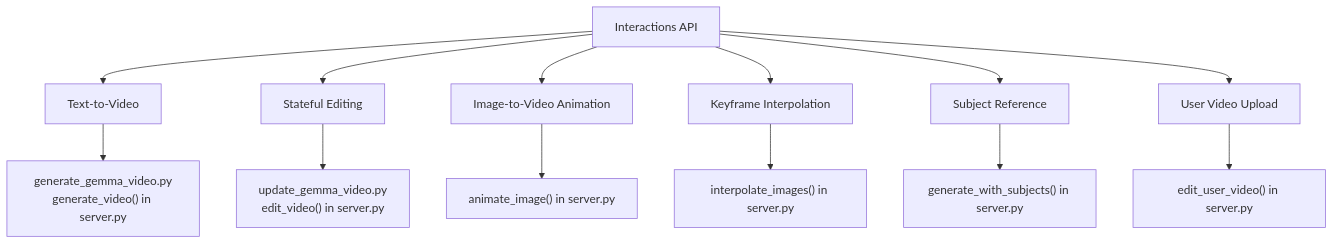
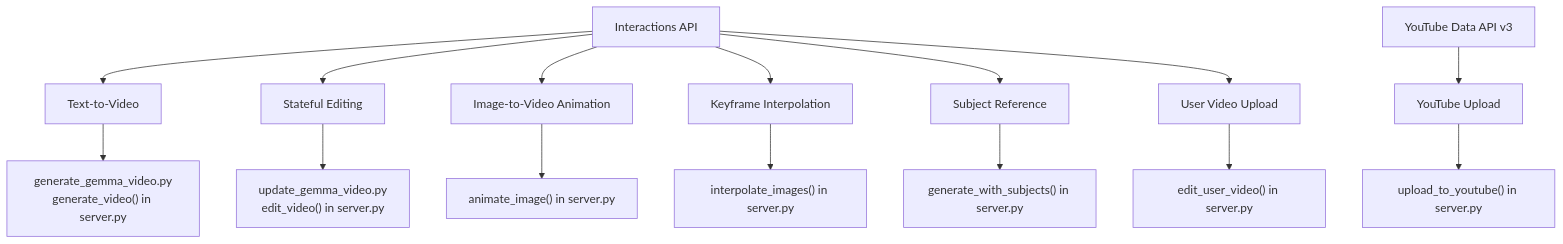
The diagram in GEMINI.md (xbill9/omni-flash-video-agent), drawn with Mermaid before and after one commit. The commit also changed other lines of this file and 13 other files, not shown here.

````diff
--- a/GEMINI.md
+++ b/GEMINI.md
@@ -46,16 +46,18 @@
 ```mermaid
 graph TD
     A[Interactions API] --> B[Text-to-Video]
     A --> C[Stateful Editing]
     A --> D[Image-to-Video Animation]
     A --> E[Keyframe Interpolation]
     A --> F[Subject Reference]
     A --> G[User Video Upload]
+    Y[YouTube Data API v3] --> Z[YouTube Upload]
 
     B --> H["generate_gemma_video.py<br>generate_video() in server.py"]
     C --> I["update_gemma_video.py<br>edit_video() in server.py"]
     D --> J["animate_image() in server.py"]
     E --> K["interpolate_images() in server.py"]
     F --> L["generate_with_subjects() in server.py"]
     G --> M["edit_user_video() in server.py"]
+    Z --> N["upload_to_youtube() in server.py"]
 ```
````
